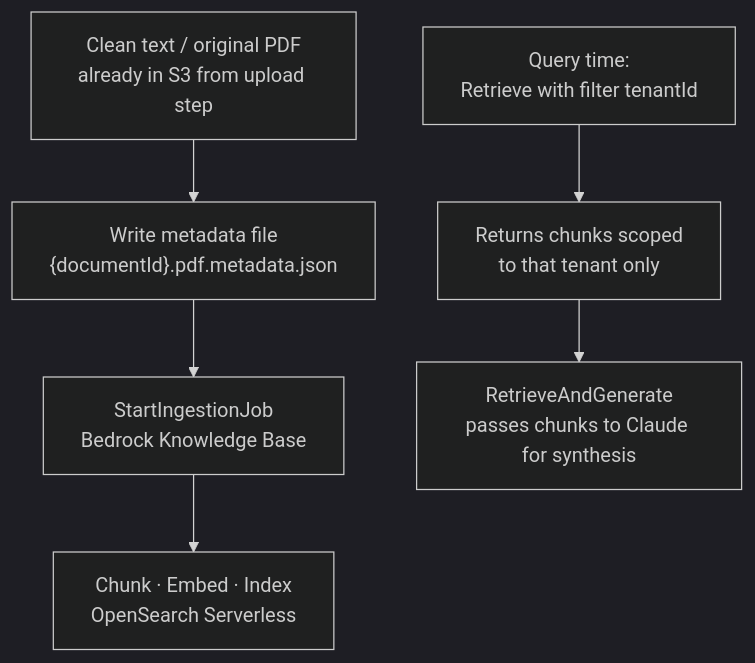
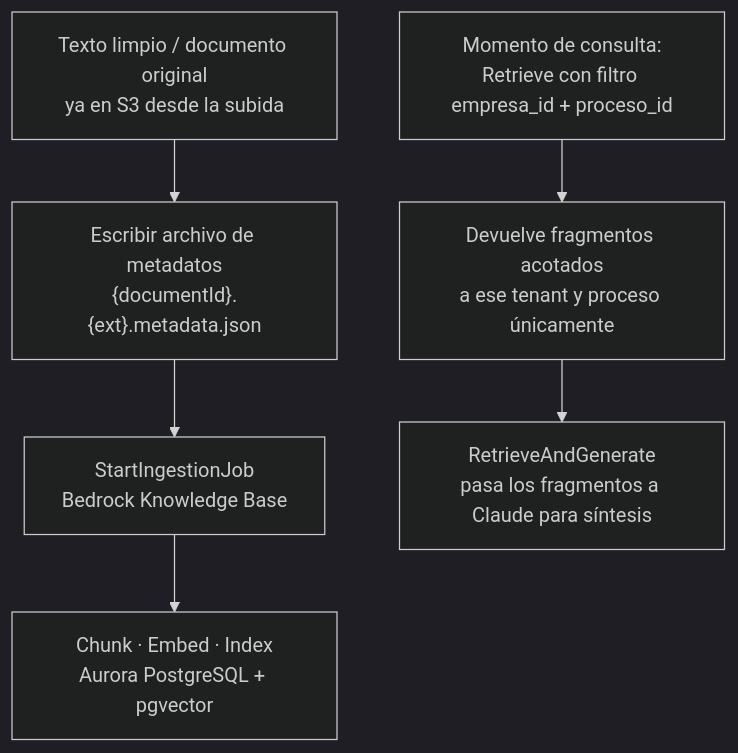
Before and after one commit to cincuentaydos/DocLens.Docs: the fifth of 6 diagrams in docs/data-flow.md, drawn with Mermaid (dark theme). The commit also changed other lines of this file and 25 other files, not shown here.

````diff
--- a/docs/data-flow.md
+++ b/docs/data-flow.md
@@ -220,9 +190,9 @@
 ```mermaid
 flowchart TD
-    A["Clean text / original PDF\nalready in S3 from upload step"] --> B["Write metadata file\n{documentId}.pdf.metadata.json"]
+    A["Texto limpio / documento original\nya en S3 desde la subida"] --> B["Escribir archivo de metadatos\n{documentId}.{ext}.metadata.json"]
     B --> C["StartIngestionJob\nBedrock Knowledge Base"]
-    C --> D["Chunk · Embed · Index\nOpenSearch Serverless"]
+    C --> D["Chunk · Embed · Index\nAurora PostgreSQL + pgvector"]
 
-    E["Query time:\nRetrieve with filter tenantId"] --> F["Returns chunks scoped\nto that tenant only"]
-    F --> G["RetrieveAndGenerate\npasses chunks to Claude for synthesis"]
+    E["Momento de consulta:\nRetrieve con filtro empresa_id + proceso_id"] --> F["Devuelve fragmentos acotados\na ese tenant y proceso únicamente"]
+    F --> G["RetrieveAndGenerate\npasa los fragmentos a Claude para síntesis"]
 ```
````
